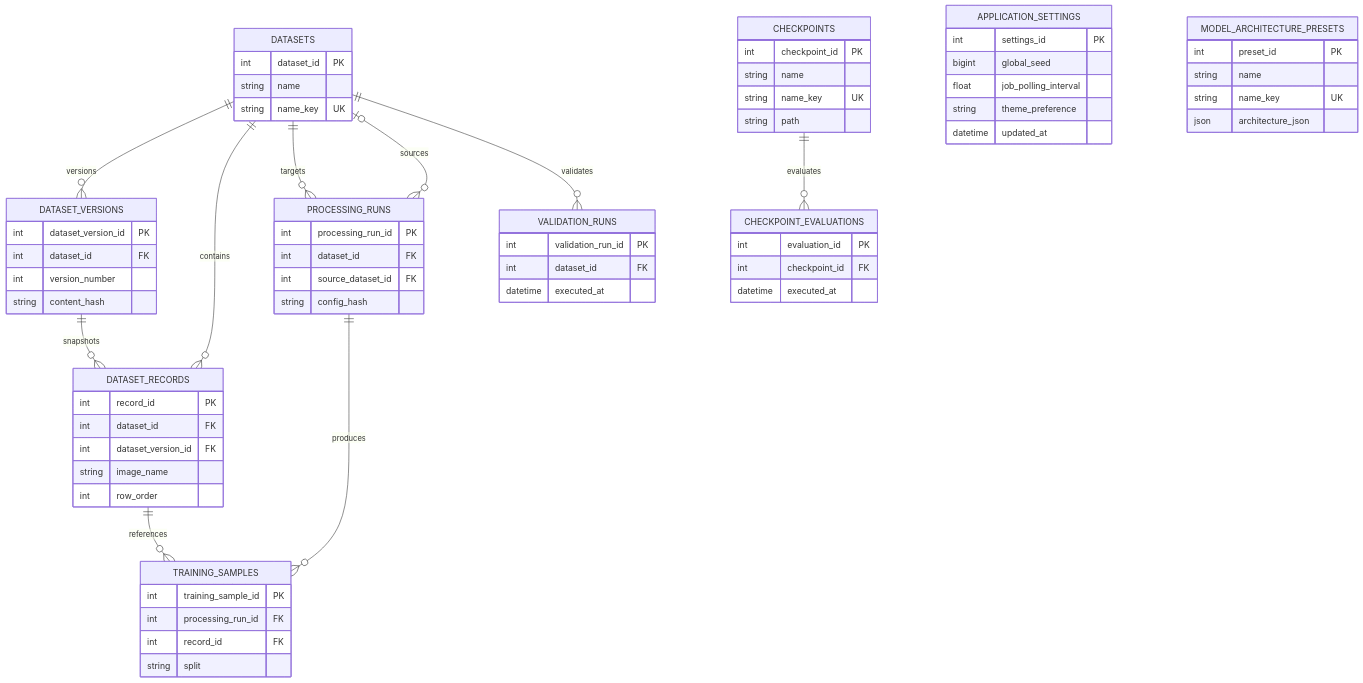
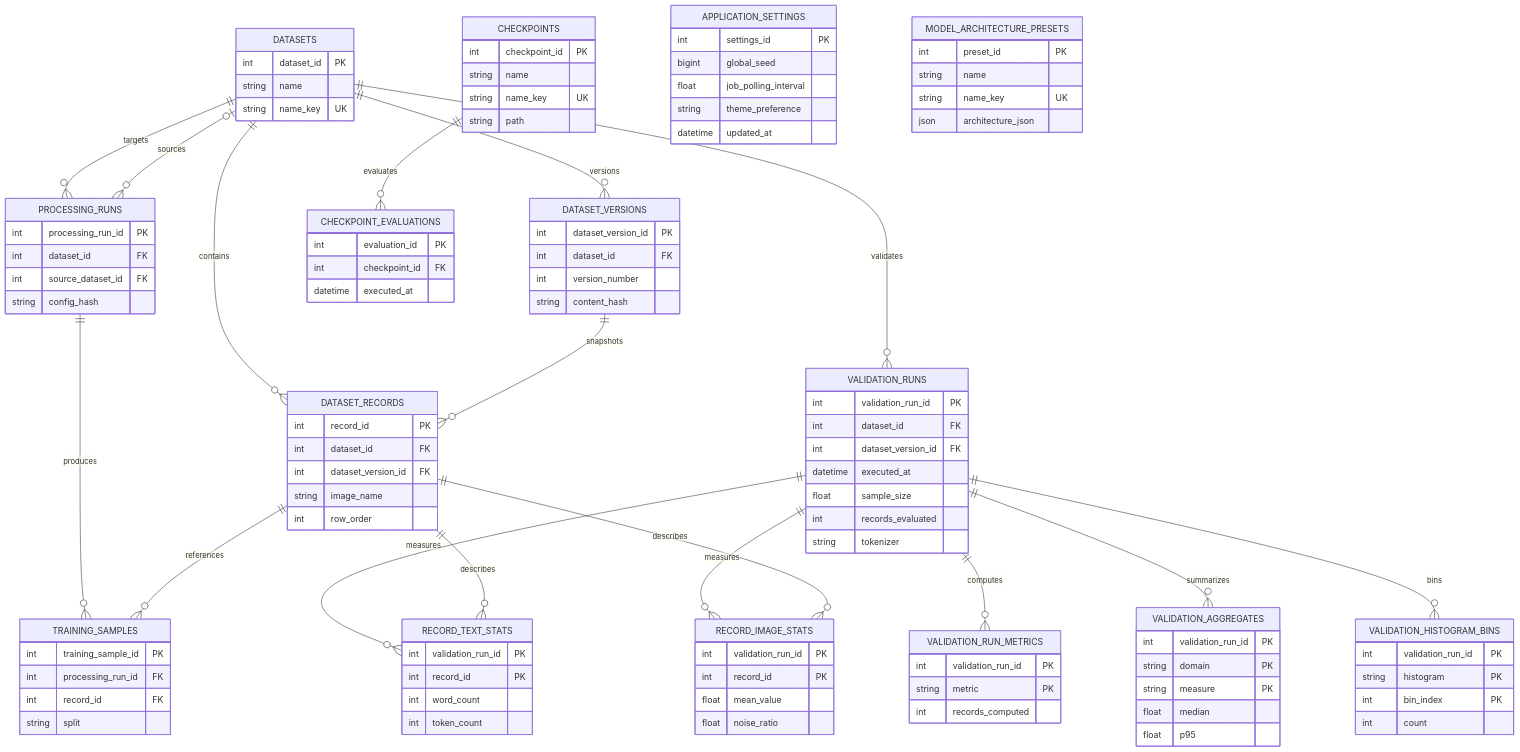
Before and after one commit to CTCycle/XREPORT-radiological-reports-generator: the first of 2 diagrams in assets/docs/architecture/persistence.md, drawn with Mermaid. The commit also changed other lines of this file and 16 other files, not shown here.

```diff
--- a/assets/docs/architecture/persistence.md
+++ b/assets/docs/architecture/persistence.md
@@ -159,7 +159,41 @@
     VALIDATION_RUNS {
         int validation_run_id PK
         int dataset_id FK
+        int dataset_version_id FK
         datetime executed_at
+        float sample_size
+        int records_evaluated
+        string tokenizer
+    }
+    VALIDATION_RUN_METRICS {
+        int validation_run_id PK
+        string metric PK
+        int records_computed
+    }
+    RECORD_TEXT_STATS {
+        int validation_run_id PK
+        int record_id PK
+        int word_count
+        int token_count
+    }
+    RECORD_IMAGE_STATS {
+        int validation_run_id PK
+        int record_id PK
+        float mean_value
+        float noise_ratio
+    }
+    VALIDATION_AGGREGATES {
+        int validation_run_id PK
+        string domain PK
+        string measure PK
+        float median
+        float p95
+    }
+    VALIDATION_HISTOGRAM_BINS {
+        int validation_run_id PK
+        string histogram PK
+        int bin_index PK
+        int count
     }
     CHECKPOINTS {
         int checkpoint_id PK
@@ -188,6 +222,13 @@
     PROCESSING_RUNS ||--o{ TRAINING_SAMPLES : produces
     DATASET_RECORDS ||--o{ TRAINING_SAMPLES : references
     DATASETS ||--o{ VALIDATION_RUNS : validates
+    VALIDATION_RUNS ||--o{ VALIDATION_RUN_METRICS : computes
+    VALIDATION_RUNS ||--o{ RECORD_TEXT_STATS : measures
+    VALIDATION_RUNS ||--o{ RECORD_IMAGE_STATS : measures
+    VALIDATION_RUNS ||--o{ VALIDATION_AGGREGATES : summarizes
+    VALIDATION_RUNS ||--o{ VALIDATION_HISTOGRAM_BINS : bins
+    DATASET_RECORDS ||--o{ RECORD_TEXT_STATS : describes
+    DATASET_RECORDS ||--o{ RECORD_IMAGE_STATS : describes
     CHECKPOINTS ||--o{ CHECKPOINT_EVALUATIONS : evaluates
     MODEL_ARCHITECTURE_PRESETS {
         int preset_id PK
```
